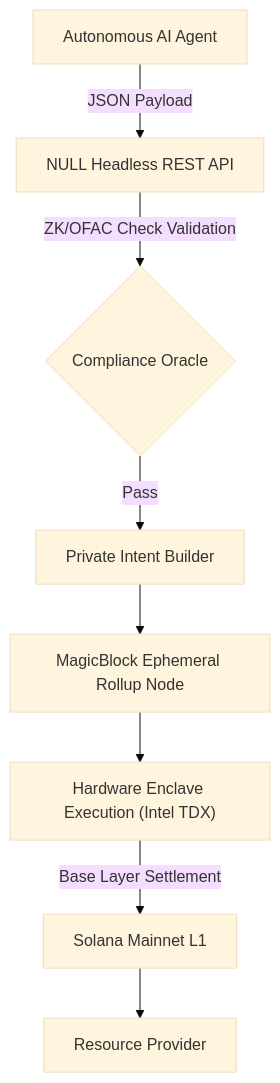
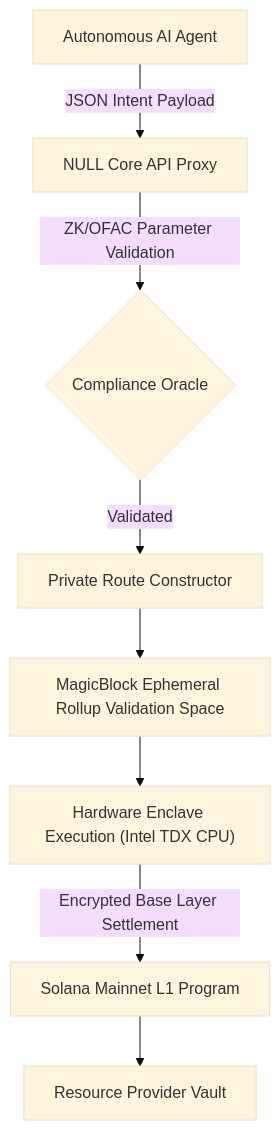
The diagram in README.md (Oceanjackson1/Null-Protocol), drawn with Mermaid (base theme) before and after one commit. The commit also changed other lines of this file, not shown here.

Commit message:
docs: Dramatically expand README with deep protocol mechanics and API mocks.

````diff
--- a/README.md
+++ b/README.md
@@ -28,10 +28,10 @@
 ```mermaid
 graph TD;
-    A["Autonomous AI Agent"] -->|"JSON Payload"| B["NULL Headless REST API"];
-    B -->|"ZK/OFAC Check Validation"| C{"Compliance Oracle"};
-    C -- Pass --> D["Private Intent Builder"];
-    D --> E["MagicBlock Ephemeral Rollup Node"];
-    E --> F["Hardware Enclave Execution (Intel TDX)"];
-    F -->|"Base Layer Settlement"| G["Solana Mainnet L1"];
-    G --> H["Resource Provider"];
+    A["Autonomous AI Agent"] -->|"JSON Intent Payload"| B["NULL Core API Proxy"];
+    B -->|"ZK/OFAC Parameter Validation"| C{"Compliance Oracle"};
+    C -- Validated --> D["Private Route Constructor"];
+    D --> E["MagicBlock Ephemeral Rollup Validation Space"];
+    E --> F["Hardware Enclave Execution (Intel TDX CPU)"];
+    F -->|"Encrypted Base Layer Settlement"| G["Solana Mainnet L1 Program"];
+    G --> H["Resource Provider Vault"];
 ```
````
